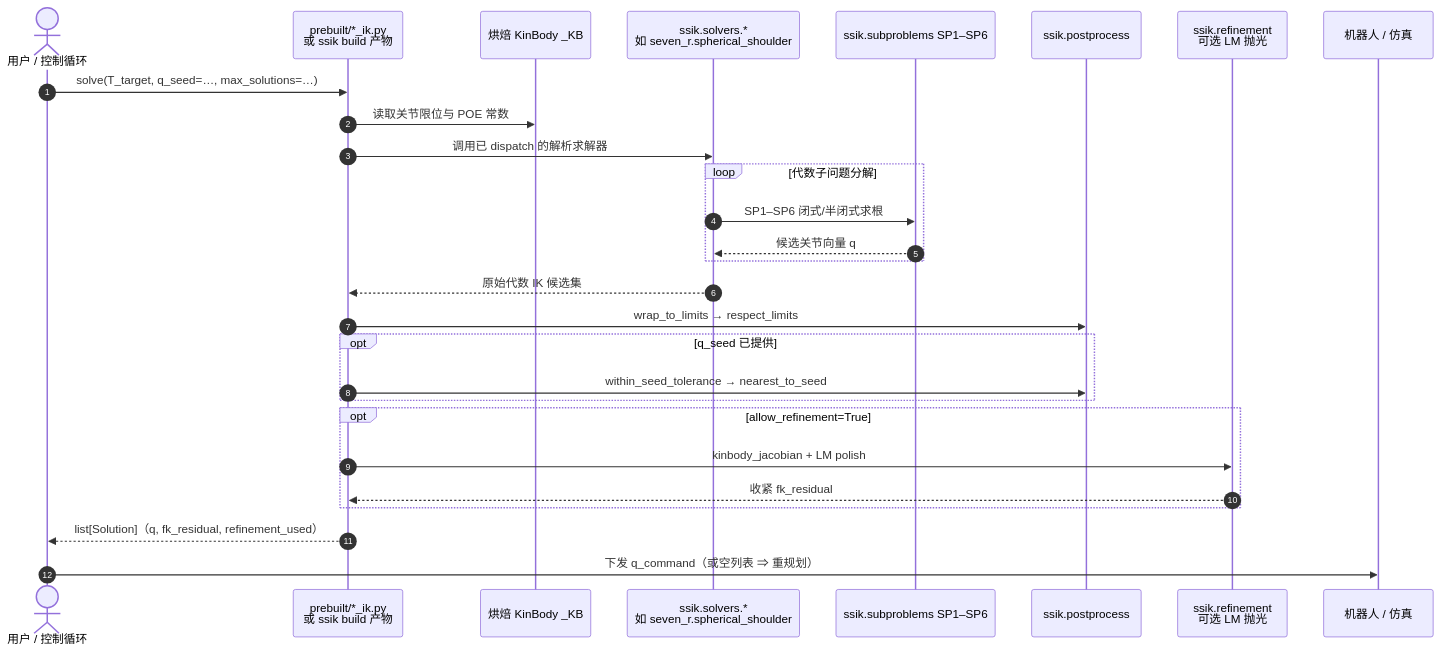
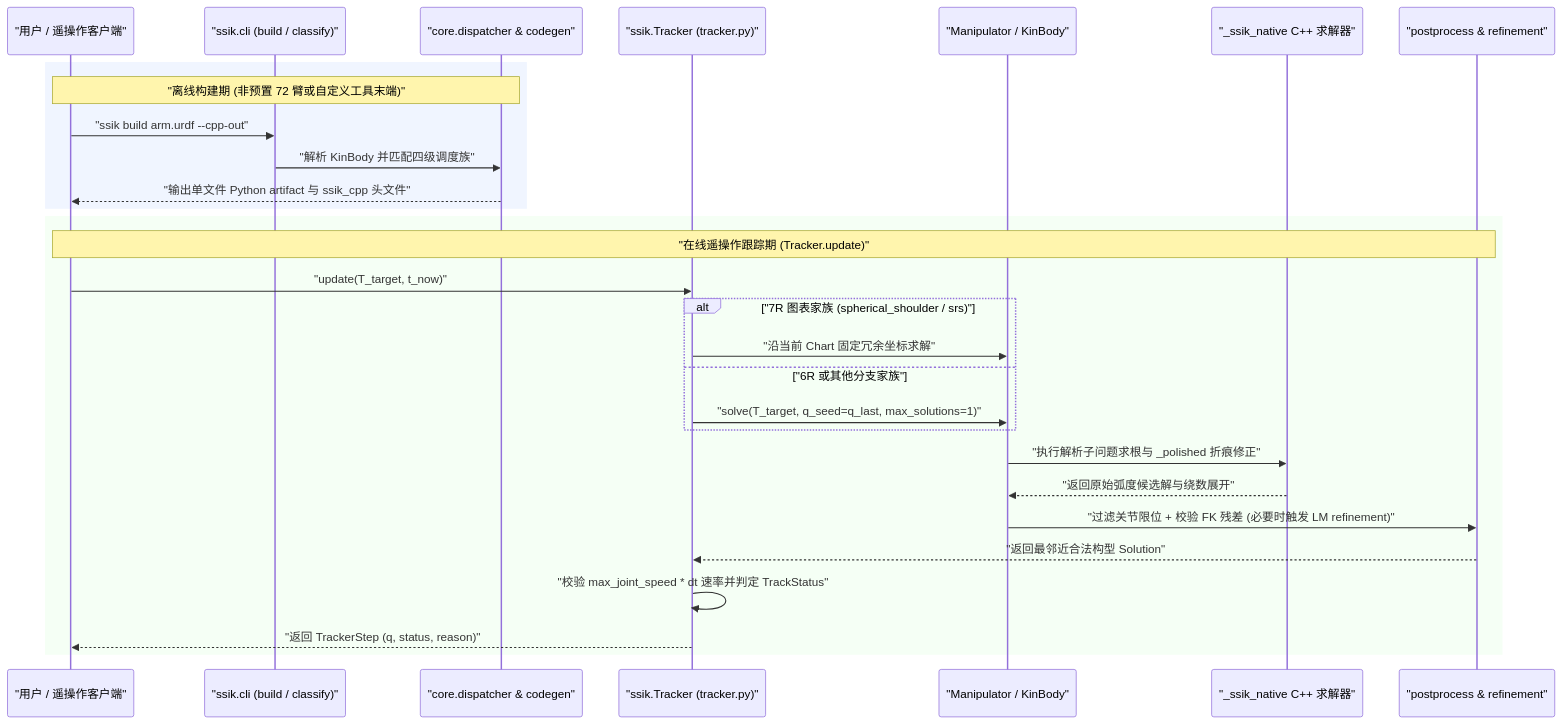
The second of 2 diagrams in wiki/entities/ssik.md (ImChong/Robotics_Notebooks), drawn with Mermaid before and after one commit. The commit also changed other lines of this file and 51 other files, not shown here.

````diff
--- a/wiki/entities/ssik.md
+++ b/wiki/entities/ssik.md
@@ -88,31 +91,32 @@
 ```mermaid
 sequenceDiagram
-    autonumber
-    actor U as 用户 / 控制循环
-    participant ART as prebuilt/*_ik.py<br/>或 ssik build 产物
-    participant KB as 烘焙 KinBody _KB
-    participant SOL as ssik.solvers.*<br/>如 seven_r.spherical_shoulder
-    participant SP as ssik.subproblems SP1–SP6
-    participant PP as ssik.postprocess
-    participant REF as ssik.refinement<br/>可选 LM 抛光
-    participant ROB as 机器人 / 仿真
+    participant User as "用户 / 遥操作客户端"
+    participant CLI as "ssik.cli (build / classify)"
+    participant Disp as "core.dispatcher & codegen"
+    participant Trk as "ssik.Tracker (tracker.py)"
+    participant Arm as "Manipulator / KinBody"
+    participant Native as "_ssik_native C++ 求解器"
+    participant Post as "postprocess & refinement"
 
-    U->>ART: solve(T_target, q_seed=…, max_solutions=…)
-    ART->>KB: 读取关节限位与 POE 常数
-    ART->>SOL: 调用已 dispatch 的解析求解器
-    loop 代数子问题分解
-        SOL->>SP: SP1–SP6 闭式/半闭式求根
-        SP-->>SOL: 候选关节向量 q
+    rect rgb(240, 245, 255)
+        Note over User,Disp: "离线构建期 (非预置 72 臂或自定义工具末端)"
+        User->>CLI: "ssik build arm.urdf --cpp-out"
+        CLI->>Disp: "解析 KinBody 并匹配四级调度族"
+        Disp-->>User: "输出单文件 Python artifact 与 ssik_cpp 头文件"
     end
-    SOL-->>ART: 原始代数 IK 候选集
-    ART->>PP: wrap_to_limits → respect_limits
-    opt q_seed 已提供
-        ART->>PP: within_seed_tolerance → nearest_to_seed
+    rect rgb(245, 255, 245)
+        Note over User,Post: "在线遥操作跟踪期 (Tracker.update)"
+        User->>Trk: "update(T_target, t_now)"
+        alt "7R 图表家族 (spherical_shoulder / srs)"
+            Trk->>Arm: "沿当前 Chart 固定冗余坐标求解"
+        else "6R 或其他分支家族"
+            Trk->>Arm: "solve(T_target, q_seed=q_last, max_solutions=1)"
+        end
+        Arm->>Native: "执行解析子问题求根与 _polished 折痕修正"
+        Native-->>Arm: "返回原始弧度候选解与绕数展开"
+        Arm->>Post: "过滤关节限位 + 校验 FK 残差 (必要时触发 LM refinement)"
+        Post-->>Trk: "返回最邻近合法构型 Solution"
+        Trk->>Trk: "校验 max_joint_speed * dt 速率并判定 TrackStatus"
+        Trk-->>User: "返回 TrackerStep (q, status, reason)"
     end
-    opt allow_refinement=True
-        ART->>REF: kinbody_jacobian + LM polish
-        REF-->>ART: 收紧 fk_residual
-    end
-    ART-->>U: list[Solution]（q, fk_residual, refinement_used）
-    U->>ROB: 下发 q_command（或空列表 ⇒ 重规划）
 ```
````
